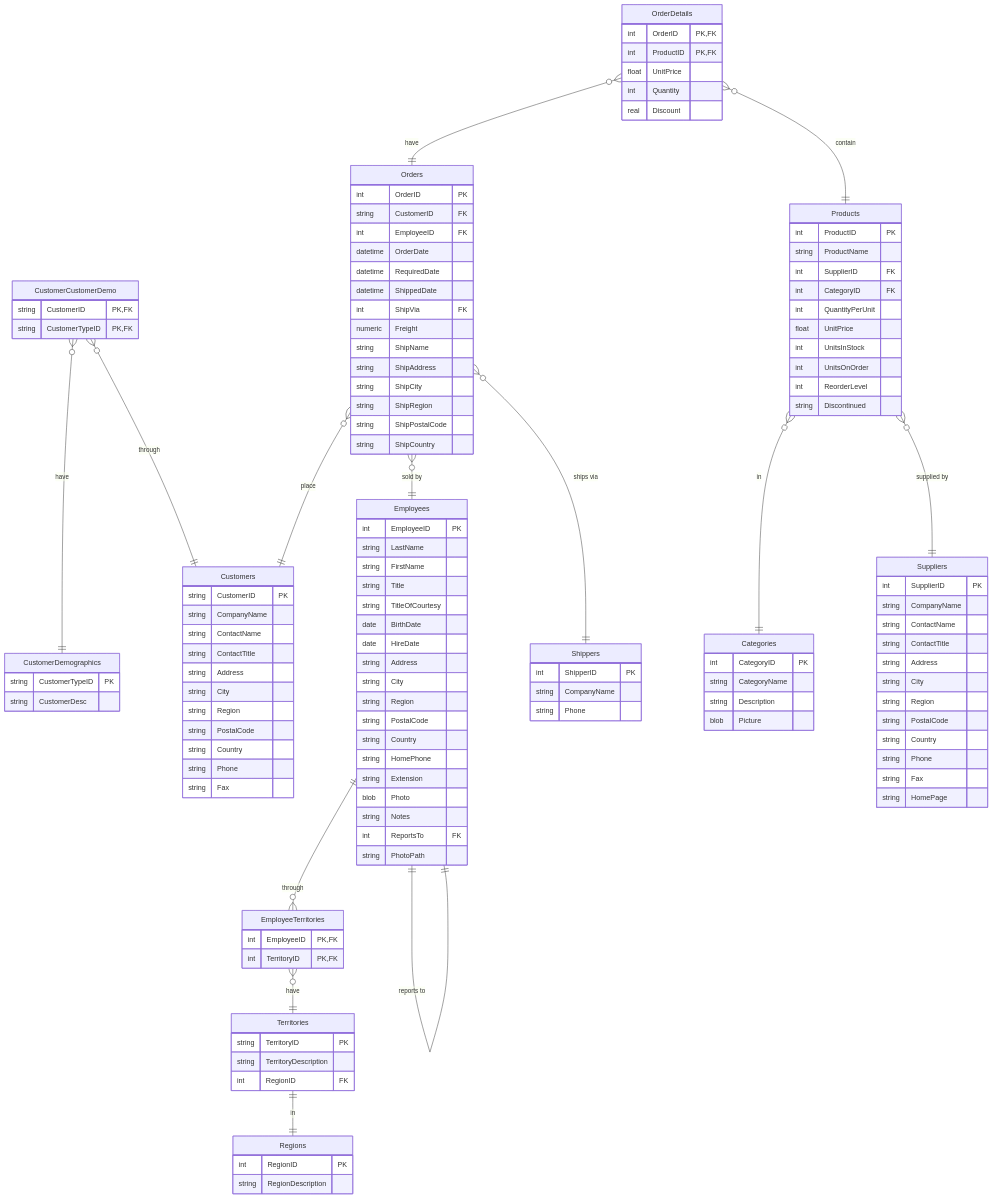
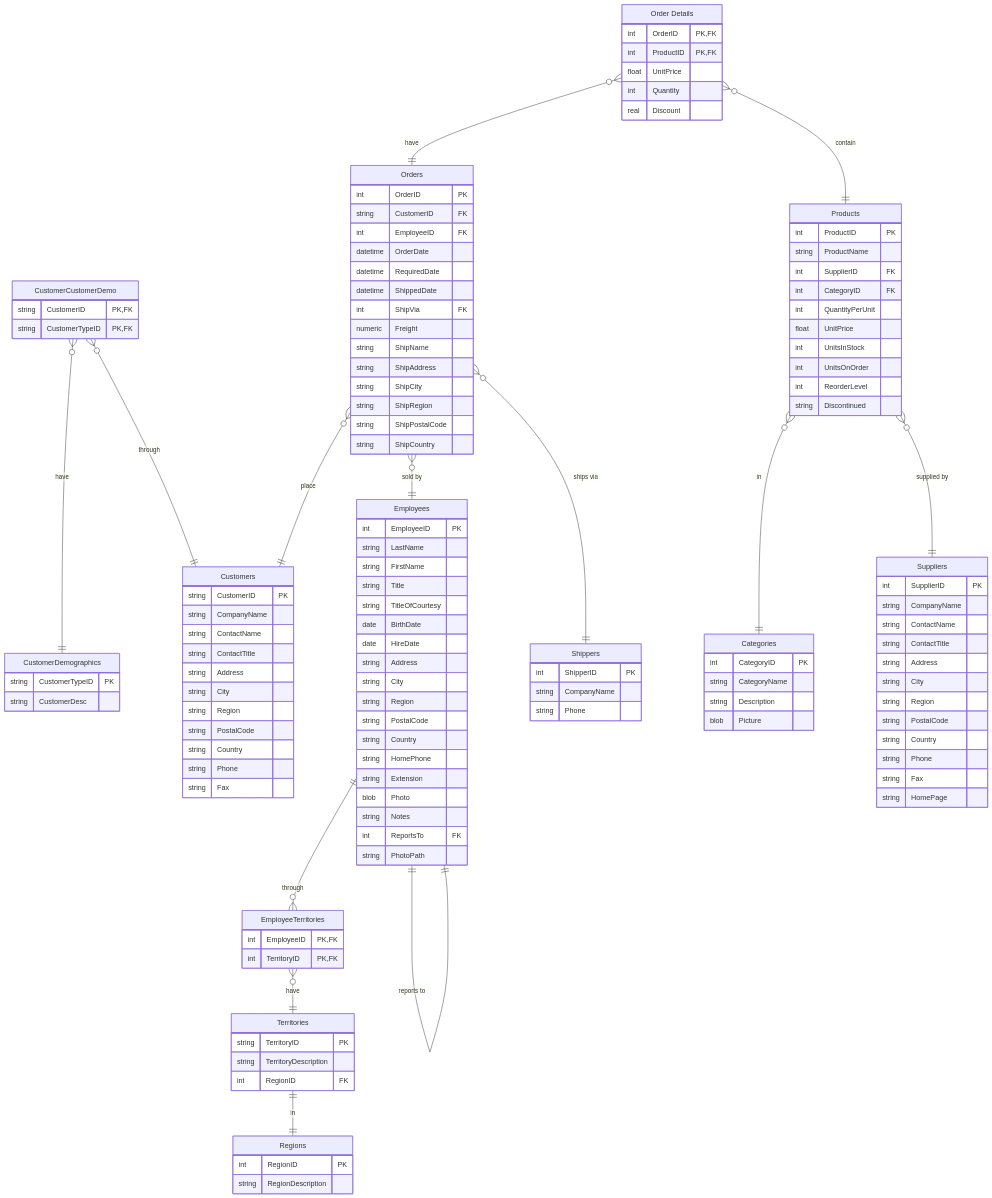
The diagram in README.md (jpwhite3/northwind-SQLite3), drawn with Mermaid before and after one commit. The commit also changed other lines of this file, not shown here.

```diff
--- a/README.md
+++ b/README.md
@@ -19,8 +17,8 @@
     Employees ||--|| Employees : "reports to"
     Employees ||--o{ EmployeeTerritories : through
     Orders }o--|| Shippers : "ships via"
-    OrderDetails }o--|| Orders : have
-    OrderDetails }o--|| Products : contain
+    "Order Details" }o--|| Orders : have
+    "Order Details" }o--|| Products : contain
     Products }o--|| Categories : in
     Products }o--|| Suppliers : "supplied by"
     Territories ||--|| Regions : in
@@ -80,7 +78,7 @@
         int EmployeeID PK, FK
         int TerritoryID PK, FK
     }
-    OrderDetails {
+    "Order Details" {
         int OrderID PK, FK
         int ProductID PK, FK
         float UnitPrice
```
